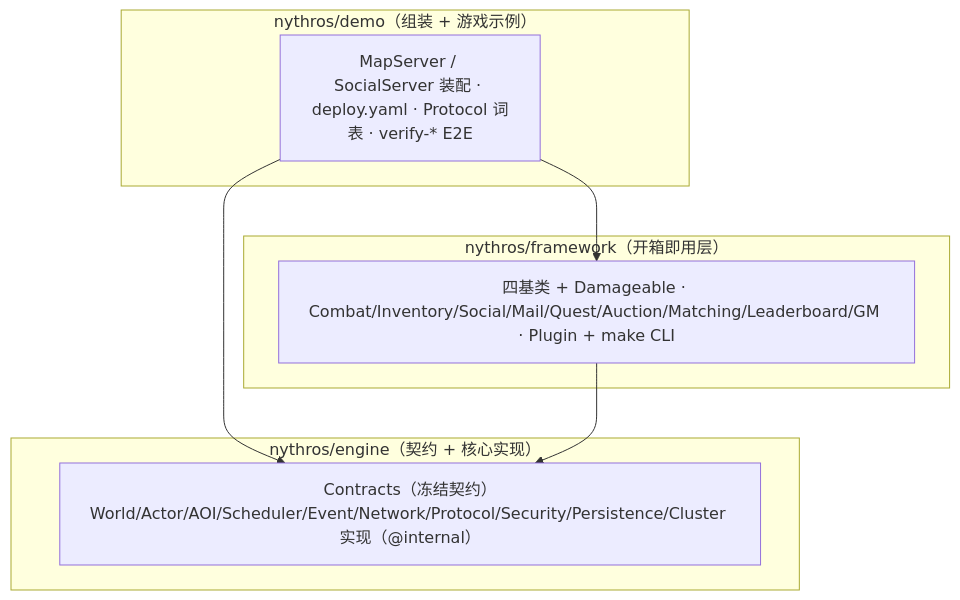
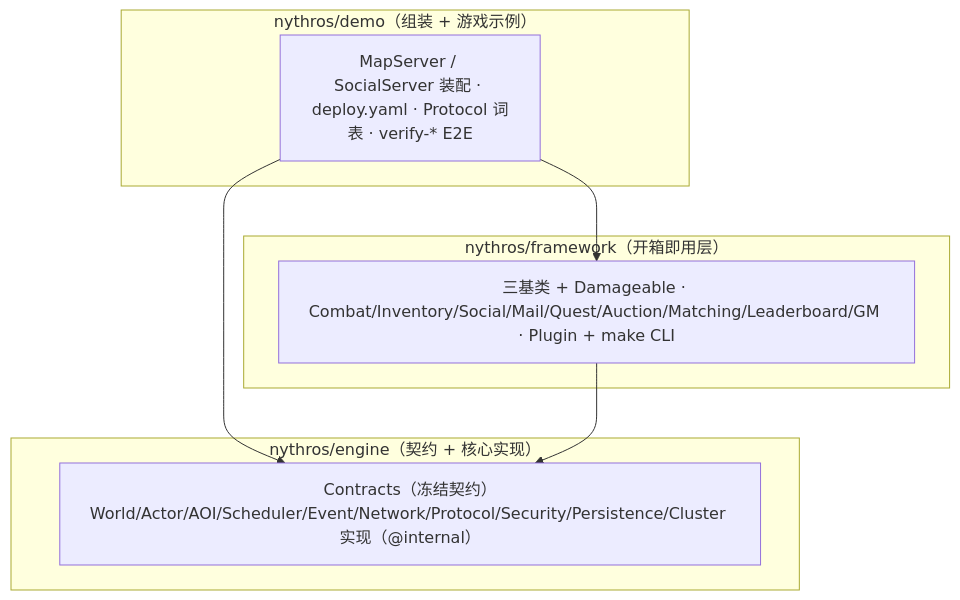
The second of 3 diagrams in docs/architecture.md (Nythros/Nythros), drawn with Mermaid before and after one commit. The commit also changed other lines of this file and 4 other files, not shown here.

````diff
--- a/docs/architecture.md
+++ b/docs/architecture.md
@@ -72,15 +75,15 @@
 ```mermaid
 flowchart TD
     subgraph Demo["nythros/demo（组装 + 游戏示例）"]
         D["MapServer / SocialServer 装配 · deploy.yaml · Protocol 词表 · verify-* E2E"]
     end
     subgraph Framework["nythros/framework（开箱即用层）"]
-        F["四基类 + Damageable · Combat/Inventory/Social/Mail/Quest/Auction/Matching/Leaderboard/GM · Plugin + make CLI"]
+        F["三基类 + Damageable · Combat/Inventory/Social/Mail/Quest/Auction/Matching/Leaderboard/GM · Plugin + make CLI"]
     end
     subgraph Engine["nythros/engine（契约 + 核心实现）"]
         E["Contracts（冻结契约）<br/>World/Actor/AOI/Scheduler/Event/Network/Protocol/Security/Persistence/Cluster 实现（@internal）"]
     end
     D --> F
     D --> E
     F --> E
 ```
````
